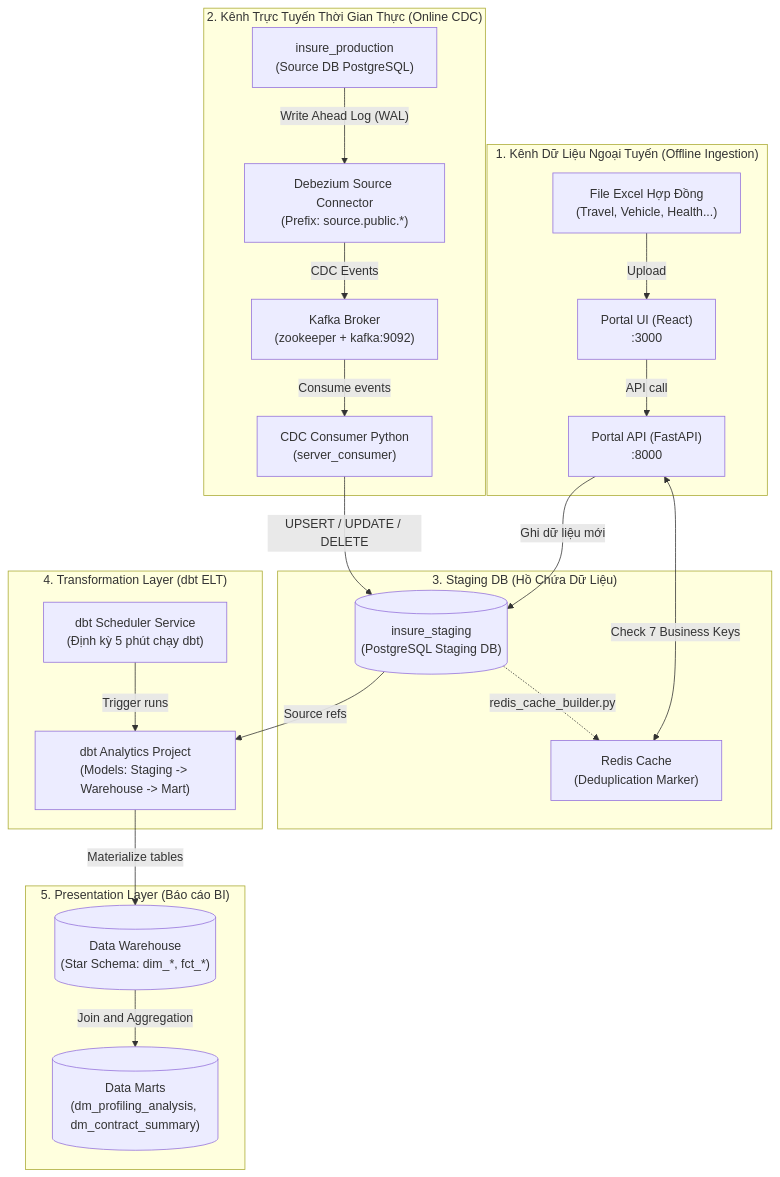
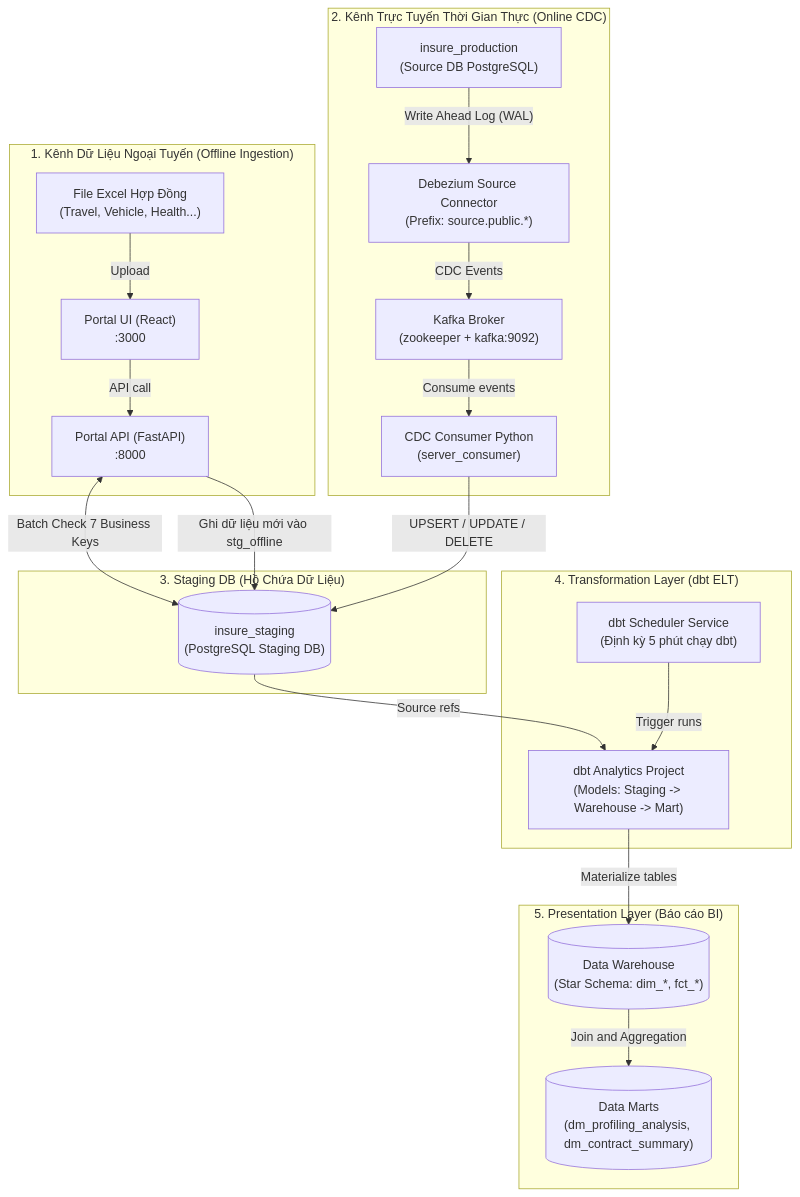
Before and after one commit to phatle224/hybrid-data-ingestion-streaming-platform: the diagram in docs/PROJECT_ARCHITECTURE.md, drawn with Mermaid. The commit also changed other lines of this file and 12 other files, not shown here.

````diff
--- a/docs/PROJECT_ARCHITECTURE.md
+++ b/docs/PROJECT_ARCHITECTURE.md
@@ -11,51 +11,47 @@
 ```mermaid
 graph TB
     subgraph "1. Kênh Dữ Liệu Ngoại Tuyến (Offline Ingestion)"
         EXCEL["File Excel Hợp Đồng<br/>(Travel, Vehicle, Health...)"]
         PORTAL_FE["Portal UI (React)<br/>:3000"]
         PORTAL_BE["Portal API (FastAPI)<br/>:8000"]
     end
 
     subgraph "2. Kênh Trực Tuyến Thời Gian Thực (Online CDC)"
         SRC_DB["insure_production<br/>(Source DB PostgreSQL)"]
         DBZ["Debezium Source Connector<br/>(Prefix: source.public.*)"]
         KAFKA["Kafka Broker<br/>(zookeeper + kafka:9092)"]
         CDC_CONSUMER["CDC Consumer Python<br/>(server_consumer)"]
     end
 
     subgraph "3. Staging DB (Hồ Chứa Dữ Liệu)"
         STG_DB[("insure_staging<br/>(PostgreSQL Staging DB)")]
-        REDIS["Redis Cache<br/>(Deduplication Marker)"]
     end
 
     subgraph "4. Transformation Layer (dbt ELT)"
         SCHEDULER["dbt Scheduler Service<br/>(Định kỳ 5 phút chạy dbt)"]
         DBT_PROJ["dbt Analytics Project<br/>(Models: Staging -> Warehouse -> Mart)"]
     end
 
     subgraph "5. Presentation Layer (Báo cáo BI)"
         DWH[("Data Warehouse<br/>(Star Schema: dim_*, fct_*)")]
         MARTS[("Data Marts<br/>(dm_profiling_analysis, dm_contract_summary)")]
     end
 
     %% Luồng Offline
     EXCEL -->|"Upload"| PORTAL_FE
     PORTAL_FE -->|"API call"| PORTAL_BE
-    PORTAL_BE <-->|"Check 7 Business Keys"| REDIS
-    PORTAL_BE -->|"Ghi dữ liệu mới"| STG_DB
+    PORTAL_BE <-->|"Batch Check 7 Business Keys"| STG_DB
+    PORTAL_BE -->|"Ghi dữ liệu mới vào stg_offline"| STG_DB
 
     %% Luồng Online CDC
     SRC_DB -->|"Write Ahead Log (WAL)"| DBZ
     DBZ -->|"CDC Events"| KAFKA
     KAFKA -->|"Consume events"| CDC_CONSUMER
     CDC_CONSUMER -->|"UPSERT / UPDATE / DELETE"| STG_DB
-    
-    %% Xây dựng Cache chống trùng
-    STG_DB -.->|"redis_cache_builder.py"| REDIS
 
     %% Luồng ELT với dbt
     STG_DB -->|"Source refs"| DBT_PROJ
     SCHEDULER -->|"Trigger runs"| DBT_PROJ
     DBT_PROJ -->|"Materialize tables"| DWH
     DWH -->|"Join and Aggregation"| MARTS
 ```
````
